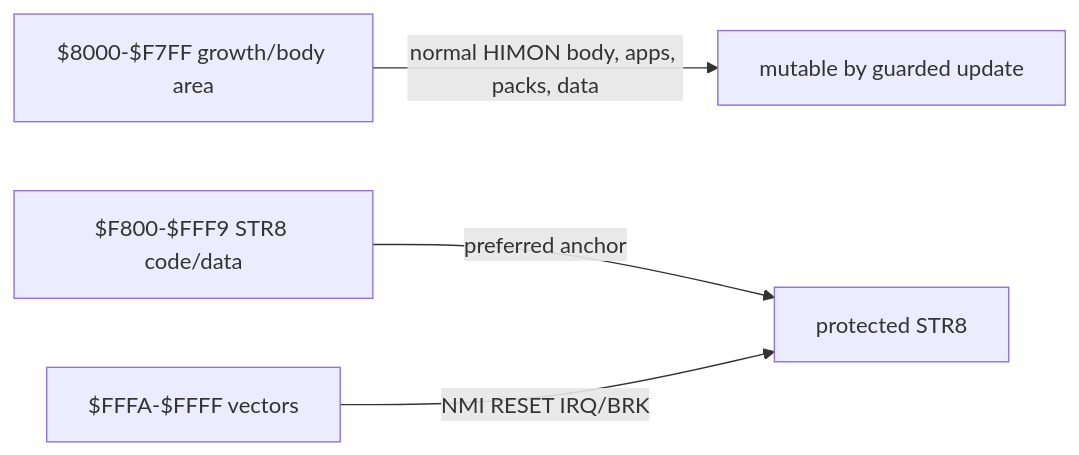
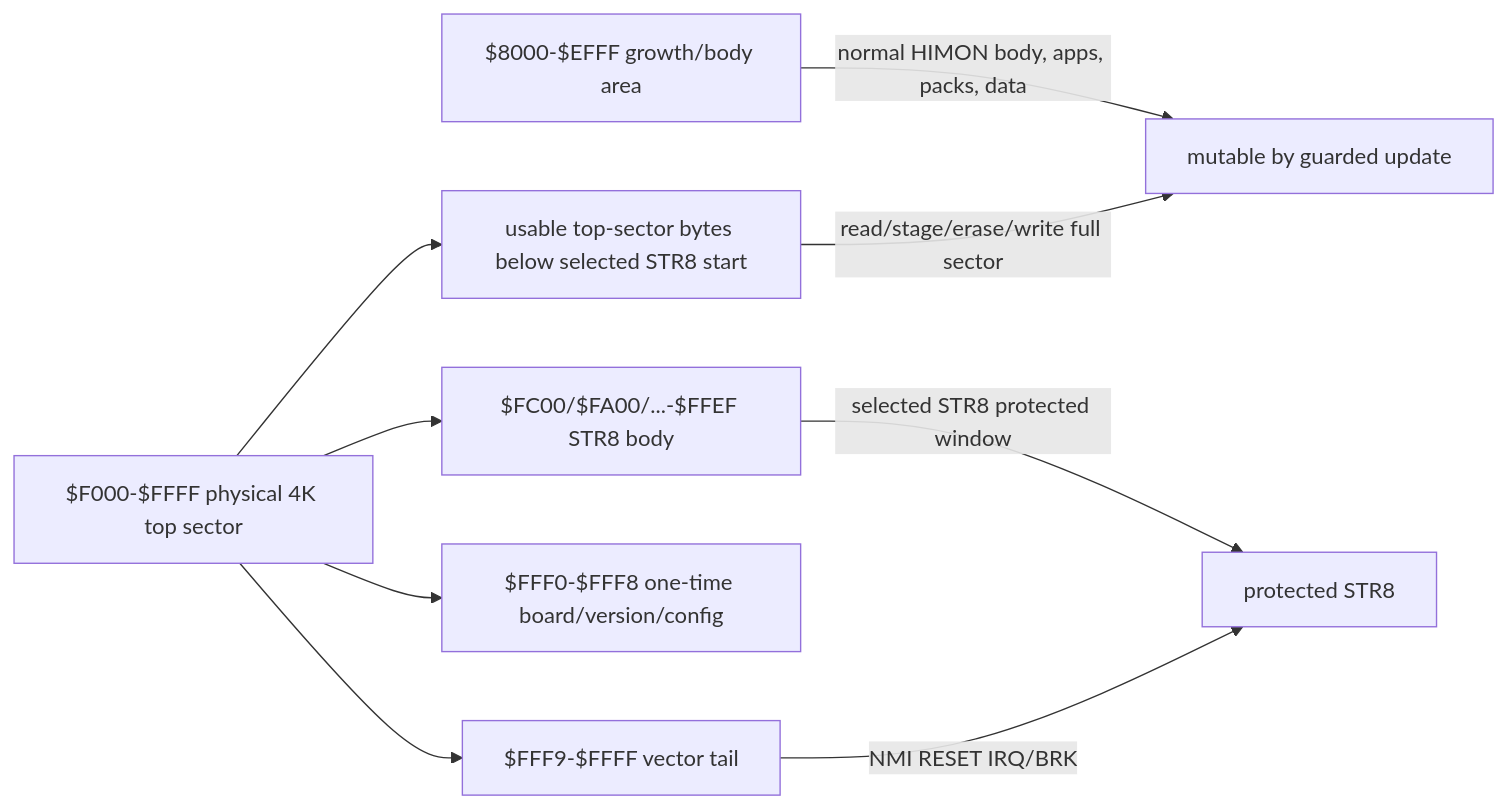
The second of 2 diagrams in DOC/GUIDES/STR8.md (95westus/R-YORS), drawn with Mermaid before and after one commit. The commit also changed other lines of this file and 16 other files, not shown here.

````diff
--- a/DOC/GUIDES/STR8.md
+++ b/DOC/GUIDES/STR8.md
@@ -355,10 +395,18 @@
 ```mermaid
 flowchart LR
-    GROWTH[$8000-$F7FF growth/body area]
-    STR8CODE[$F800-$FFF9 STR8 code/data]
-    VECTORS[$FFFA-$FFFF vectors]
+    GROWTH[$8000-$EFFF growth/body area]
+    TOP[$F000-$FFFF physical 4K top sector]
+    FREE[usable top-sector bytes below selected STR8 start]
+    STR8CODE[$FC00/$FA00/...-$FFEF STR8 body]
+    FLASH9[$FFF0-$FFF8 one-time board/version/config]
+    VECTORS[$FFF9-$FFFF vector tail]
 
     GROWTH -->|normal HIMON body, apps, packs, data| HIMONBODY[mutable by guarded update]
-    STR8CODE -->|preferred anchor| ANCHOR[protected STR8]
+    TOP --> FREE
+    TOP --> STR8CODE
+    TOP --> FLASH9
+    TOP --> VECTORS
+    FREE -->|read/stage/erase/write full sector| HIMONBODY
+    STR8CODE -->|selected STR8 protected window| ANCHOR[protected STR8]
     VECTORS -->|NMI RESET IRQ/BRK| ANCHOR
 ```
````
